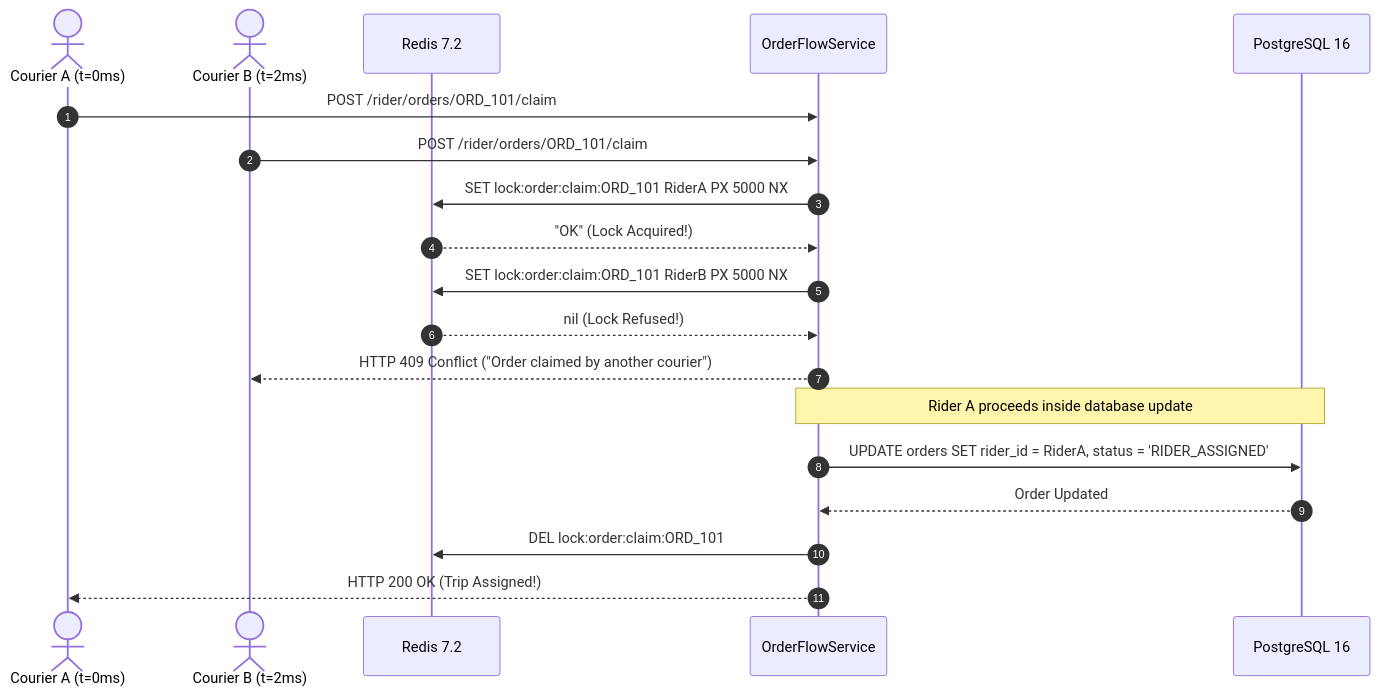
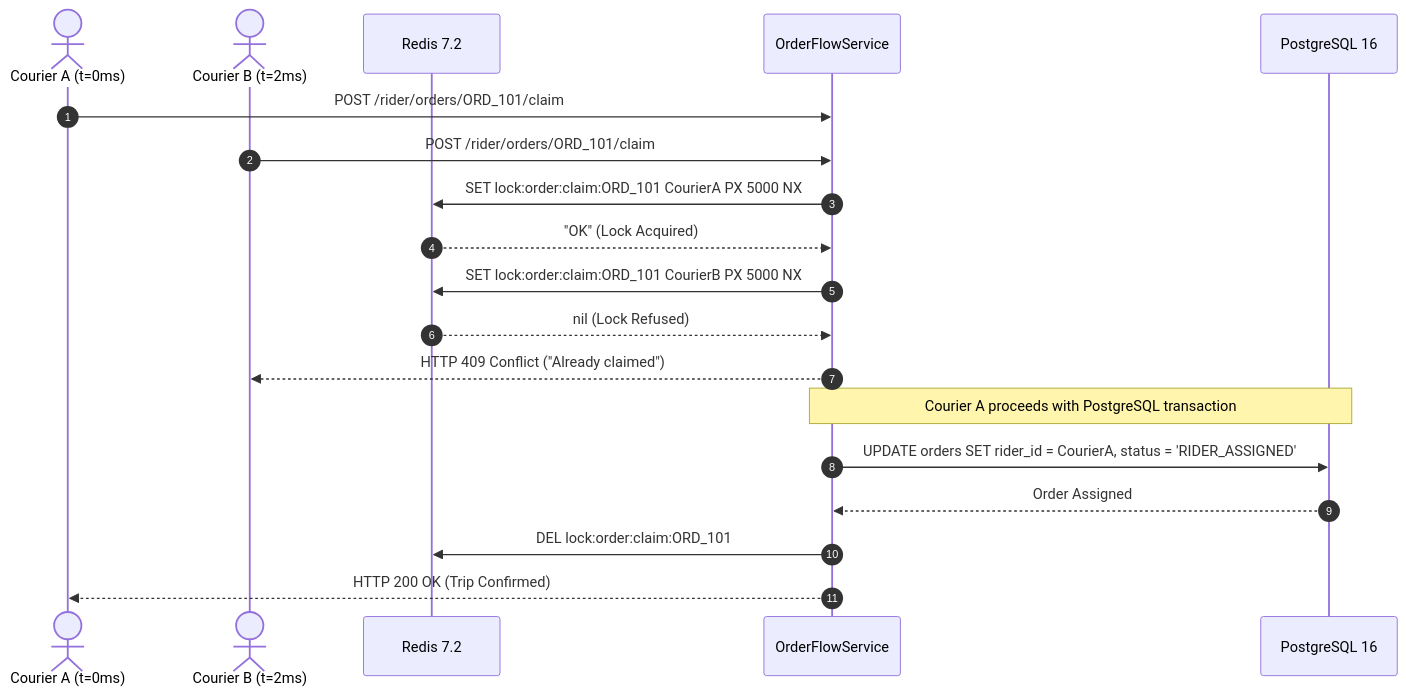
One commit to ihjohny/DeliveryOS changed the diagram in context_docs/architecture-decision-records/ADR-004-atomic-dispatch-claim-mutex.md. Above: the diagram before and after it, drawn with Mermaid. The commit also changed other lines of this file and 8 other files, not shown here.

````diff
--- a/context_docs/architecture-decision-records/ADR-004-atomic-dispatch-claim-mutex.md
+++ b/context_docs/architecture-decision-records/ADR-004-atomic-dispatch-claim-mutex.md
@@ -31,26 +36,26 @@
 ```mermaid
 sequenceDiagram
     autonumber
-    actor RiderA as Courier A (t=0ms)
-    actor RiderB as Courier B (t=2ms)
+    actor CourierA as Courier A (t=0ms)
+    actor CourierB as Courier B (t=2ms)
     participant Redis as Redis 7.2
     participant API as OrderFlowService
     participant DB as PostgreSQL 16
 
-    RiderA->>API: POST /rider/orders/ORD_101/claim
-    RiderB->>API: POST /rider/orders/ORD_101/claim
+    CourierA->>API: POST /rider/orders/ORD_101/claim
+    CourierB->>API: POST /rider/orders/ORD_101/claim
     
-    API->>Redis: SET lock:order:claim:ORD_101 RiderA PX 5000 NX
-    Redis-->>API: "OK" (Lock Acquired!)
+    API->>Redis: SET lock:order:claim:ORD_101 CourierA PX 5000 NX
+    Redis-->>API: "OK" (Lock Acquired)
     
-    API->>Redis: SET lock:order:claim:ORD_101 RiderB PX 5000 NX
-    Redis-->>API: nil (Lock Refused!)
+    API->>Redis: SET lock:order:claim:ORD_101 CourierB PX 5000 NX
+    Redis-->>API: nil (Lock Refused)
     
-    API-->>RiderB: HTTP 409 Conflict ("Order claimed by another courier")
+    API-->>CourierB: HTTP 409 Conflict ("Already claimed")
 
-    Note over API,DB: Rider A proceeds inside database update
-    API->>DB: UPDATE orders SET rider_id = RiderA, status = 'RIDER_ASSIGNED'
-    DB-->>API: Order Updated
+    Note over API,DB: Courier A proceeds with PostgreSQL transaction
+    API->>DB: UPDATE orders SET rider_id = CourierA, status = 'RIDER_ASSIGNED'
+    DB-->>API: Order Assigned
     API->>Redis: DEL lock:order:claim:ORD_101
-    API-->>RiderA: HTTP 200 OK (Trip Assigned!)
+    API-->>CourierA: HTTP 200 OK (Trip Confirmed)
 ```
````
